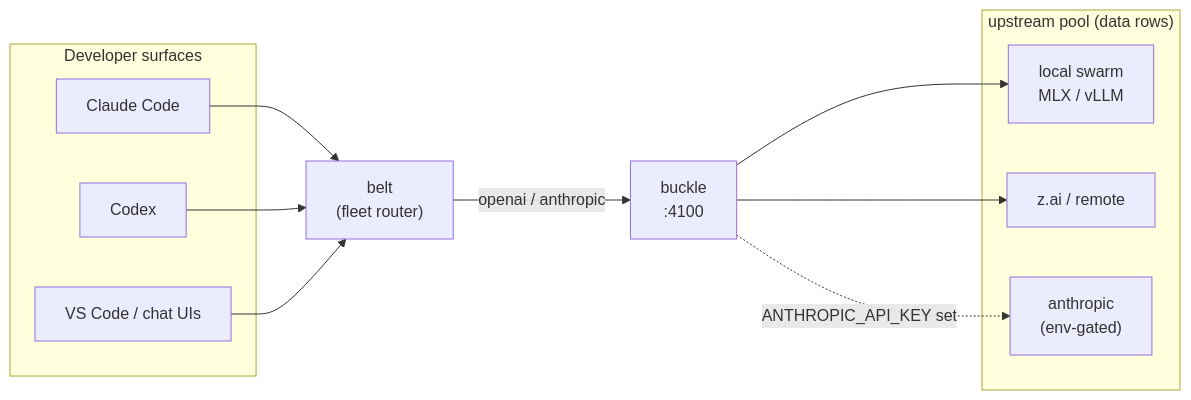
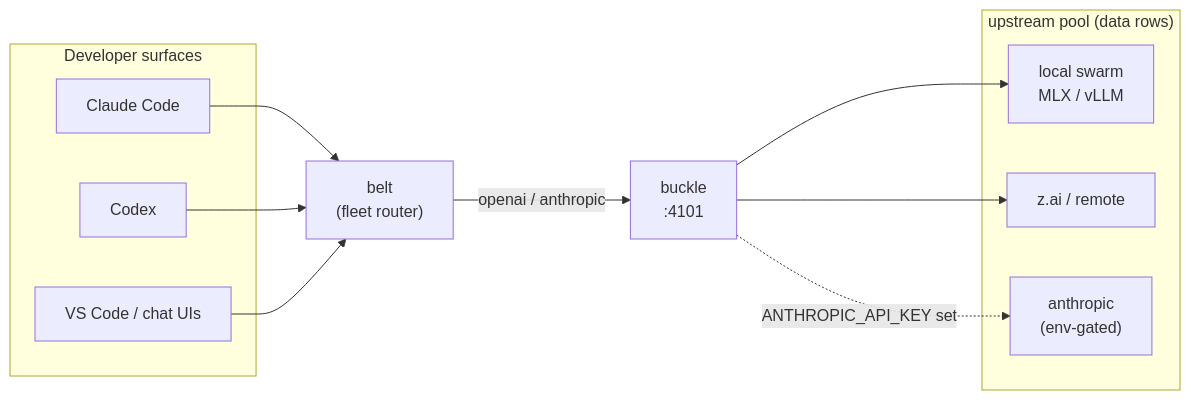
The diagram in packages/buckle/README.md (klh/fleet), drawn with Mermaid before and after one commit. The commit also changed other lines of this file and 1 other file, not shown here.

````diff
--- a/packages/buckle/README.md
+++ b/packages/buckle/README.md
@@ -13,22 +13,22 @@
 ```mermaid
 flowchart LR
     subgraph clients[Developer surfaces]
         CC[Claude Code]
         CX[Codex]
         VS[VS Code / chat UIs]
     end
     BT["belt<br/>(fleet router)"]
-    BK["buckle<br/>:4100"]
+    BK["buckle<br/>:4101"]
     subgraph upstreams["upstream pool (data rows)"]
         SW["local swarm<br/>MLX / vLLM"]
         ZAI["z.ai / remote"]
         ANTH["anthropic<br/>(env-gated)"]
     end
     CC --> BT
     CX --> BT
     VS --> BT
     BT -- "openai / anthropic" --> BK
     BK --> SW
     BK --> ZAI
     BK -.->|ANTHROPIC_API_KEY set| ANTH
 ```
````
